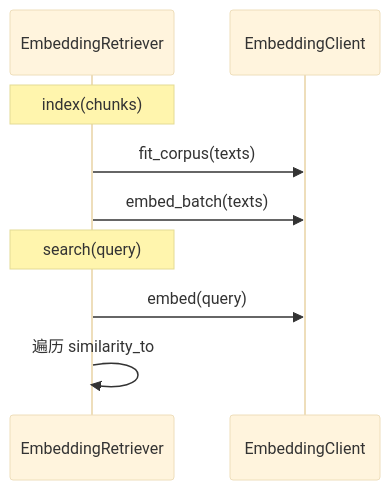
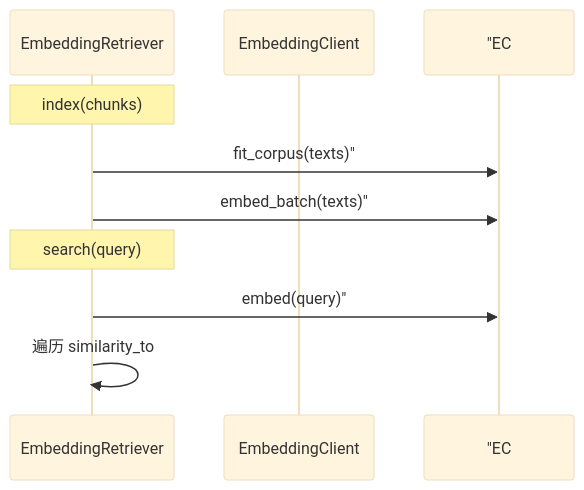
The diagram in course/day20/25_embedding精读.md (ab6539763/70_days_course_plus), drawn with Mermaid (base theme) before and after one commit. The commit also changed 134 other files, not shown here.

````diff
--- a/course/day20/25_embedding精读.md
+++ b/course/day20/25_embedding精读.md
@@ -102,12 +102,12 @@
 ```mermaid
 sequenceDiagram
     participant ER as EmbeddingRetriever
     participant EC as EmbeddingClient
 
     Note over ER: index(chunks)
-    ER->>EC: fit_corpus(texts)
-    ER->>EC: embed_batch(texts)
+    ER->> "EC: fit_corpus(texts)"
+    ER->> "EC: embed_batch(texts)"
     Note over ER: search(query)
-    ER->>EC: embed(query)
+    ER->> "EC: embed(query)"
     ER->>ER: 遍历 similarity_to
 ```
````
